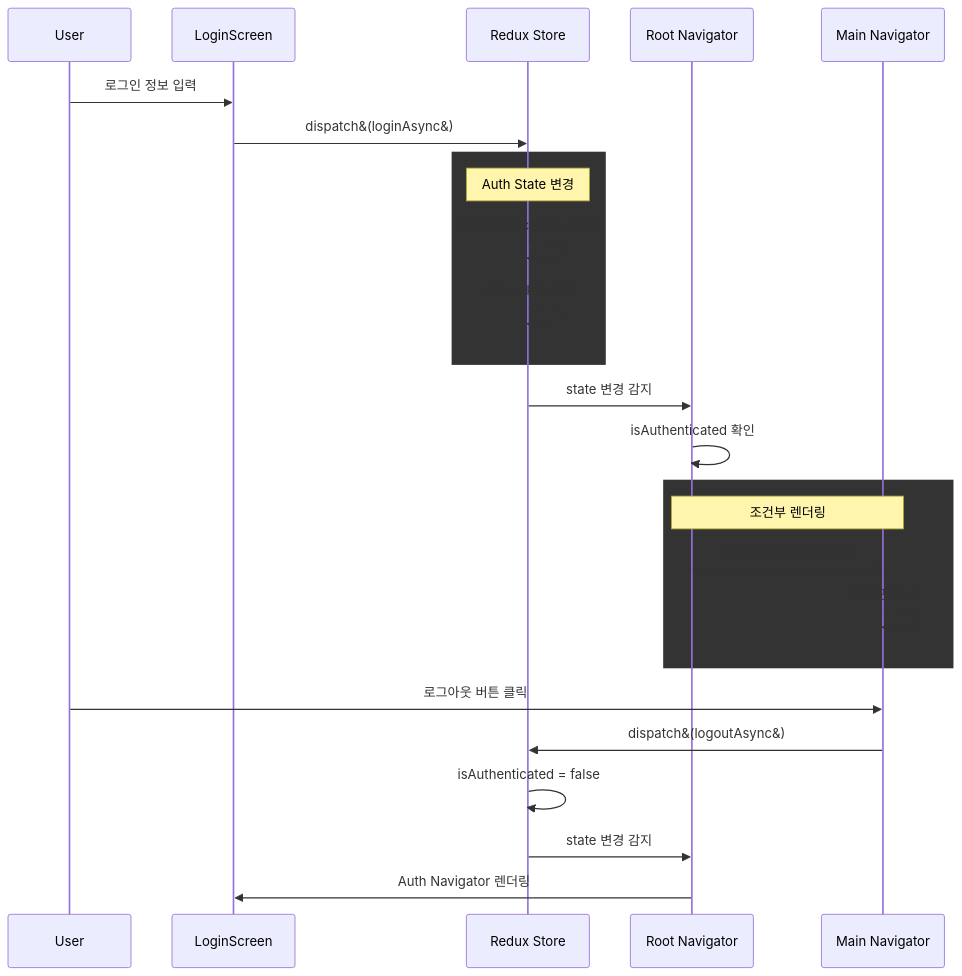
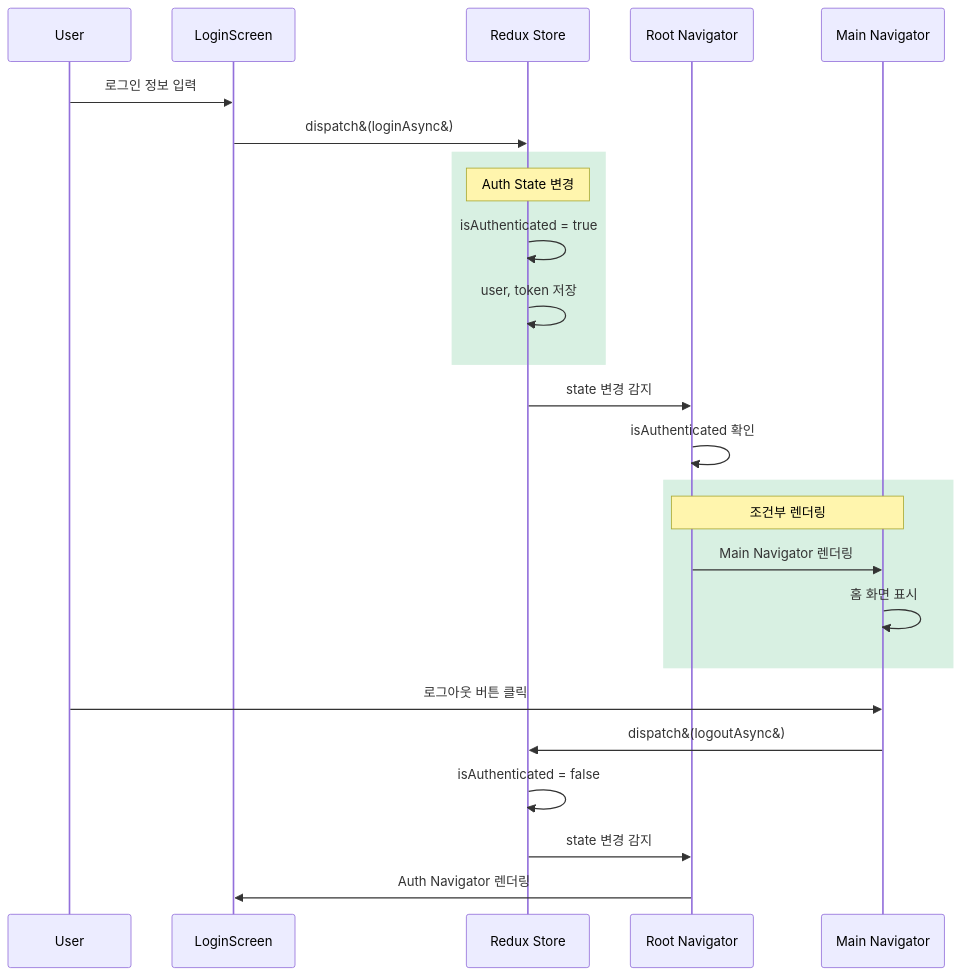
Before and after one commit to KalGookSoo/react-native-guide: the second of 5 diagrams in chapters/03-3_navigation_redux_integration.md, drawn with Mermaid. The commit also changed other lines of this file, not shown here.

Commit message:
docs: Mermaid 다이어그램 색상 코드 이스케이프 제거 및 통일
- 네비게이션과 Redux 통합 가이드 내 Mermaid 다이어그램 색상 코드 수정
- `rgb(60, 179, 113, 0.2)`로 일관된 색상 적용 및 이스케이프 구문 제거

````diff
--- a/chapters/03-3_navigation_redux_integration.md
+++ b/chapters/03-3_navigation_redux_integration.md
@@ -216,32 +216,32 @@
 ```mermaid
 sequenceDiagram
     participant U as User
     participant L as LoginScreen
     participant R as Redux Store
     participant N as Root Navigator
     participant M as Main Navigator
 
     U->>L: 로그인 정보 입력
     L->>R: dispatch&#40;loginAsync&#41;
 
-    rect rgb&#40;60, 179, 113, 0.2&#41;
+    rect rgb(60, 179, 113, 0.2)
         Note over R: Auth State 변경
         R->>R: isAuthenticated = true
         R->>R: user, token 저장
     end
 
     R->>N: state 변경 감지
     N->>N: isAuthenticated 확인
 
-    rect rgb&#40;218, 165, 32, 0.2&#41;
+    rect rgb(60, 179, 113, 0.2)
         Note over N,M: 조건부 렌더링
         N->>M: Main Navigator 렌더링
         M->>M: 홈 화면 표시
     end
 
     U->>M: 로그아웃 버튼 클릭
     M->>R: dispatch&#40;logoutAsync&#41;
     R->>R: isAuthenticated = false
     R->>N: state 변경 감지
     N->>L: Auth Navigator 렌더링
 ```
````
